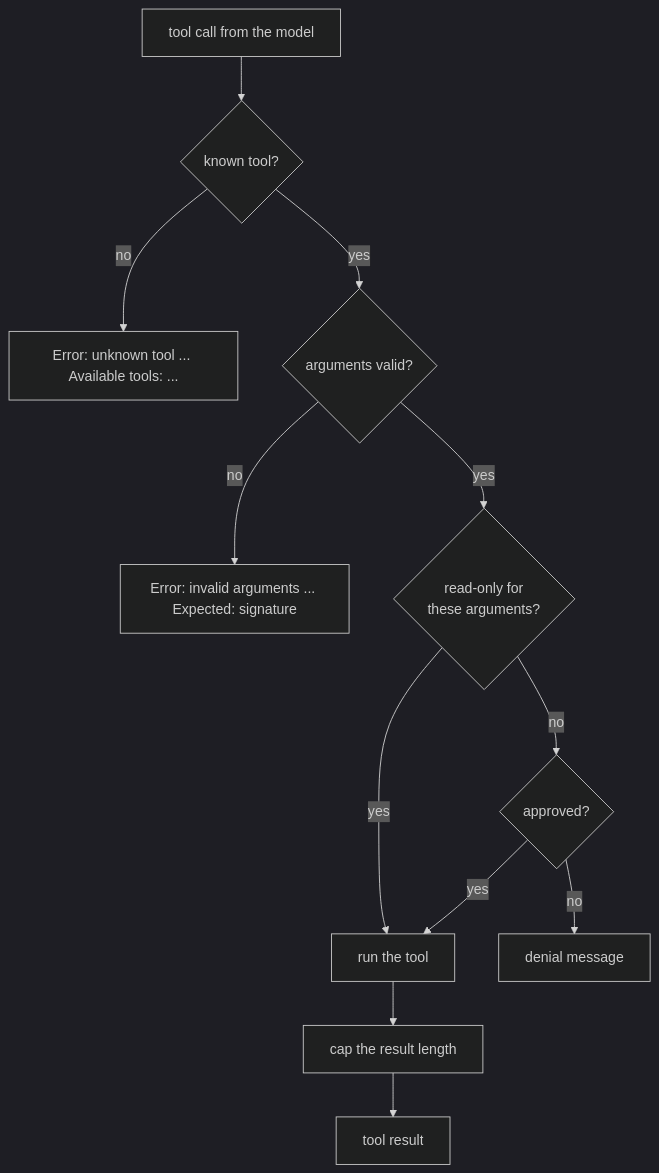
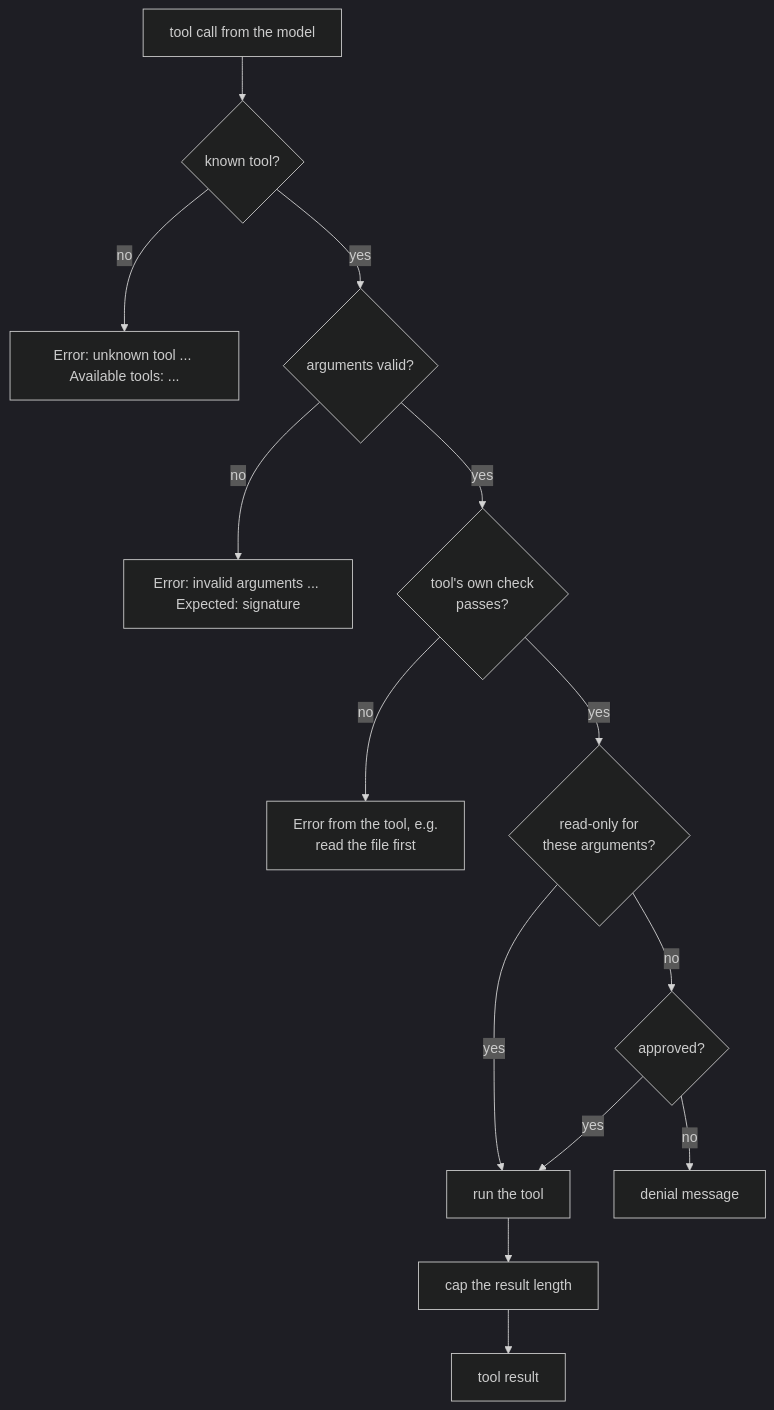
The third of 3 diagrams in docs/architecture.md (havish-coder/agent-harness), drawn with Mermaid (dark theme) before and after one commit. The commit also changed other lines of this file and 14 other files, not shown here.

````diff
--- a/docs/architecture.md
+++ b/docs/architecture.md
@@ -57,13 +57,15 @@
 ```mermaid
 flowchart TD
     C[tool call from the model] --> K{known tool?}
     K -- no --> E1["Error: unknown tool ... Available tools: ..."]
     K -- yes --> V{arguments valid?}
     V -- no --> E2["Error: invalid arguments ... Expected: signature"]
-    V -- yes --> R{read-only for<br/>these arguments?}
+    V -- yes --> TC{tool's own check<br/>passes?}
+    TC -- no --> E3["Error from the tool, e.g.<br/>read the file first"]
+    TC -- yes --> R{read-only for<br/>these arguments?}
     R -- yes --> RUN[run the tool]
     R -- no --> A{approved?}
     A -- no --> D[denial message]
     A -- yes --> RUN
     RUN --> T[cap the result length] --> OUT[tool result]
 ```
````
